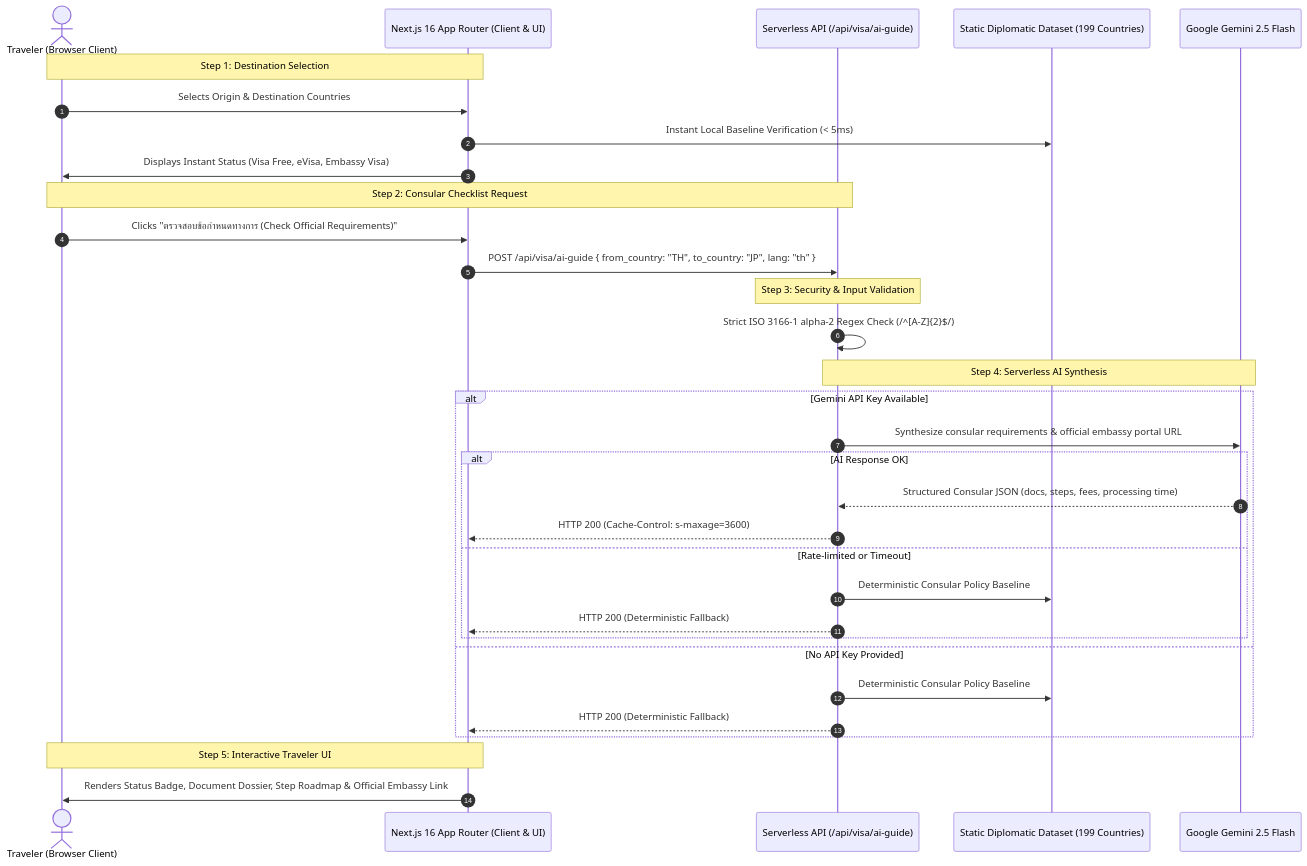
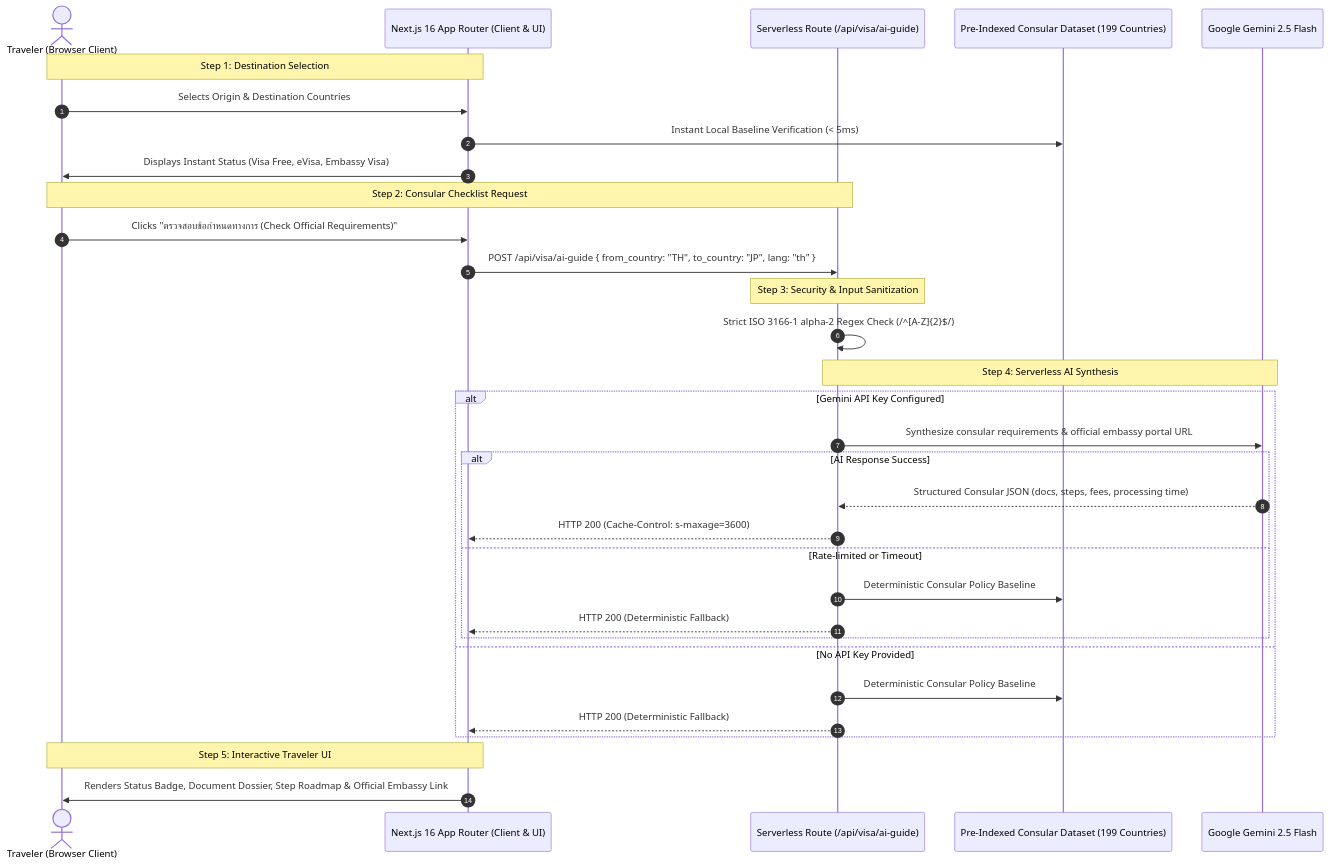
The diagram in README.md (ZillerDX/globepass-visa), drawn with Mermaid before and after one commit. The commit also changed other lines of this file and 7 other files, not shown here.

````diff
--- a/README.md
+++ b/README.md
@@ -13,39 +27,39 @@
 ```mermaid
 sequenceDiagram
     autonumber
     actor User as Traveler (Browser Client)
     participant FE as Next.js 16 App Router (Client & UI)
-    participant Edge as Serverless API (/api/visa/ai-guide)
-    participant Dataset as Static Diplomatic Dataset (199 Countries)
+    participant Edge as Serverless Route (/api/visa/ai-guide)
+    participant Dataset as Pre-Indexed Consular Dataset (199 Countries)
     participant AI as Google Gemini 2.5 Flash
 
     Note over User, FE: Step 1: Destination Selection
     User->>FE: Selects Origin & Destination Countries
     FE->>Dataset: Instant Local Baseline Verification (< 5ms)
     FE->>User: Displays Instant Status (Visa Free, eVisa, Embassy Visa)
 
     Note over User, Edge: Step 2: Consular Checklist Request
     User->>FE: Clicks "ตรวจสอบข้อกำหนดทางการ (Check Official Requirements)"
     FE->>Edge: POST /api/visa/ai-guide { from_country: "TH", to_country: "JP", lang: "th" }
     
-    Note over Edge: Step 3: Security & Input Validation
+    Note over Edge: Step 3: Security & Input Sanitization
     Edge->>Edge: Strict ISO 3166-1 alpha-2 Regex Check (/^[A-Z]{2}$/)
     
     Note over Edge, AI: Step 4: Serverless AI Synthesis
-    alt Gemini API Key Available
+    alt Gemini API Key Configured
         Edge->>AI: Synthesize consular requirements & official embassy portal URL
-        alt AI Response OK
+        alt AI Response Success
             AI-->>Edge: Structured Consular JSON (docs, steps, fees, processing time)
             Edge-->>FE: HTTP 200 (Cache-Control: s-maxage=3600)
         else Rate-limited or Timeout
             Edge->>Dataset: Deterministic Consular Policy Baseline
             Edge-->>FE: HTTP 200 (Deterministic Fallback)
         end
     else No API Key Provided
         Edge->>Dataset: Deterministic Consular Policy Baseline
         Edge-->>FE: HTTP 200 (Deterministic Fallback)
     end
 
     Note over FE, User: Step 5: Interactive Traveler UI
     FE->>User: Renders Status Badge, Document Dossier, Step Roadmap & Official Embassy Link
 ```
````
